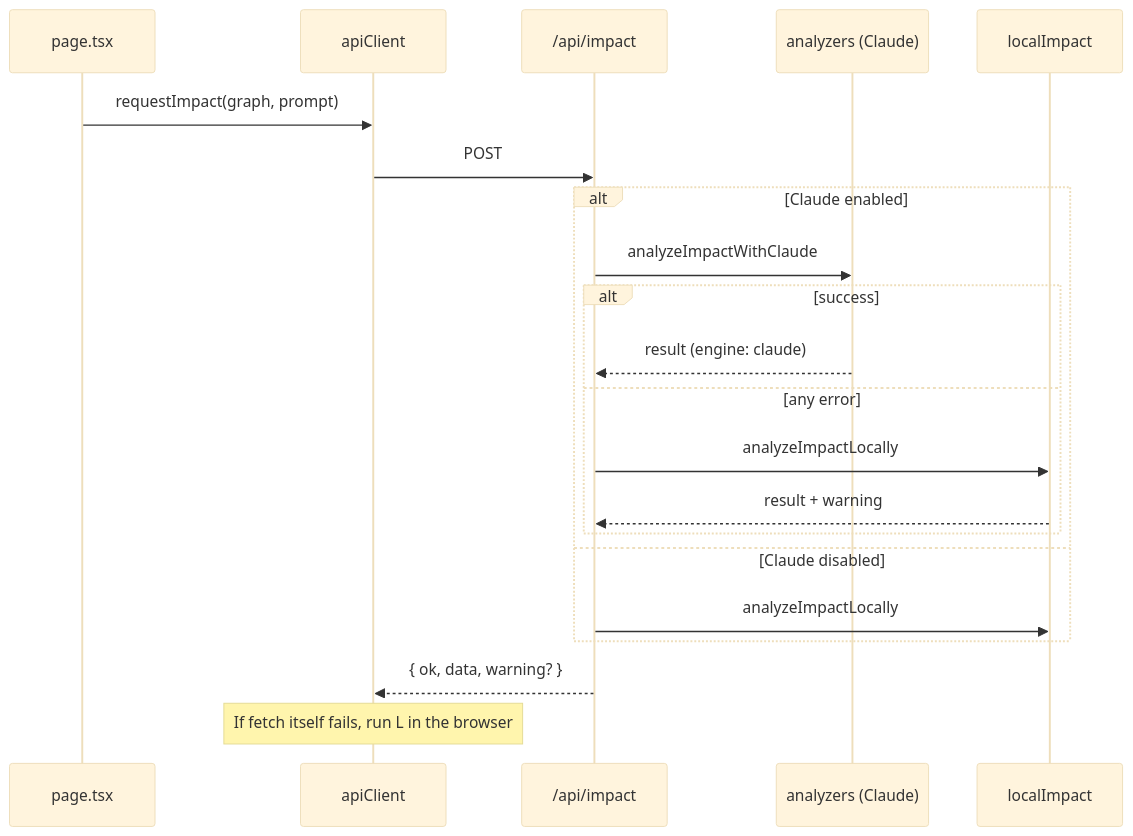
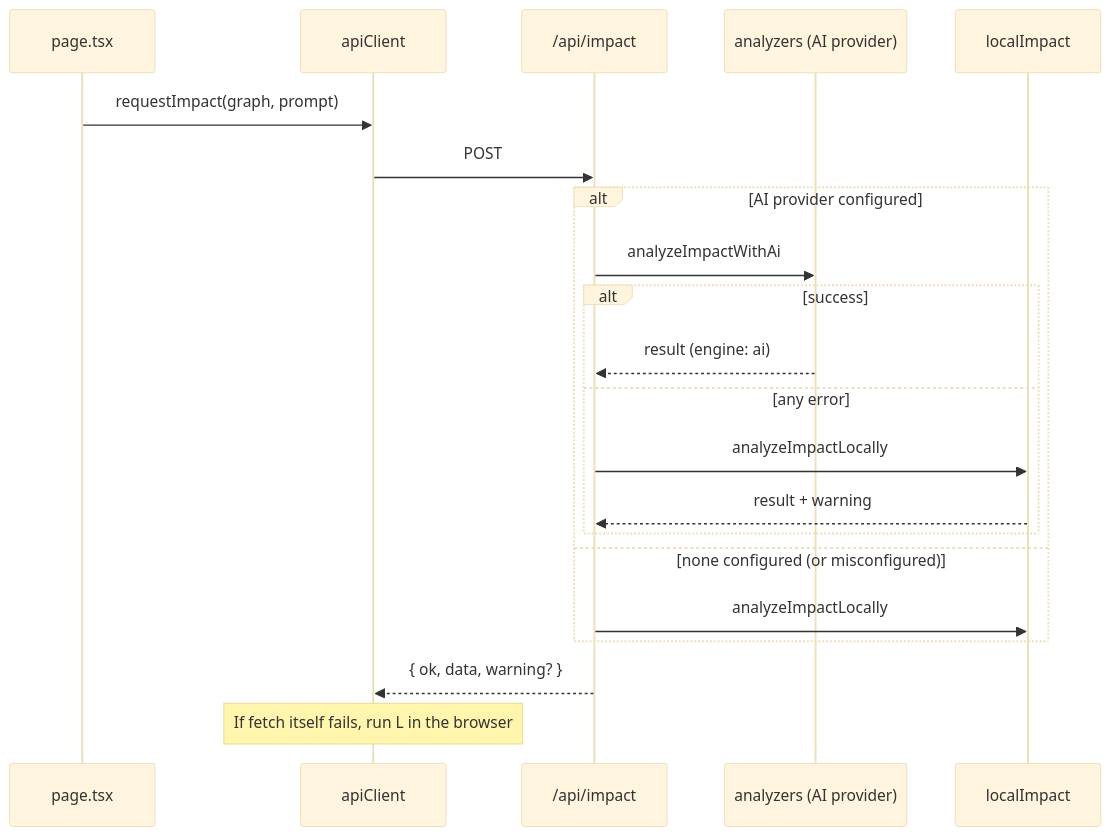
Before and after one commit to imhussain001/codearchitect-ai: the second of 2 diagrams in docs/architecture.md, drawn with Mermaid (base theme). The commit also changed other lines of this file and 4 other files, not shown here.

````diff
--- a/docs/architecture.md
+++ b/docs/architecture.md
@@ -93,23 +93,23 @@
 ```mermaid
 sequenceDiagram
   participant UI as page.tsx
   participant C as apiClient
   participant R as /api/impact
-  participant A as analyzers (Claude)
+  participant A as analyzers (AI provider)
   participant L as localImpact
   UI->>C: requestImpact(graph, prompt)
   C->>R: POST
-  alt Claude enabled
-    R->>A: analyzeImpactWithClaude
+  alt AI provider configured
+    R->>A: analyzeImpactWithAi
     alt success
-      A-->>R: result (engine: claude)
+      A-->>R: result (engine: ai)
     else any error
       R->>L: analyzeImpactLocally
       L-->>R: result + warning
     end
-  else Claude disabled
+  else none configured (or misconfigured)
     R->>L: analyzeImpactLocally
   end
   R-->>C: { ok, data, warning? }
   Note over C: If fetch itself fails, run L in the browser
 ```
````
